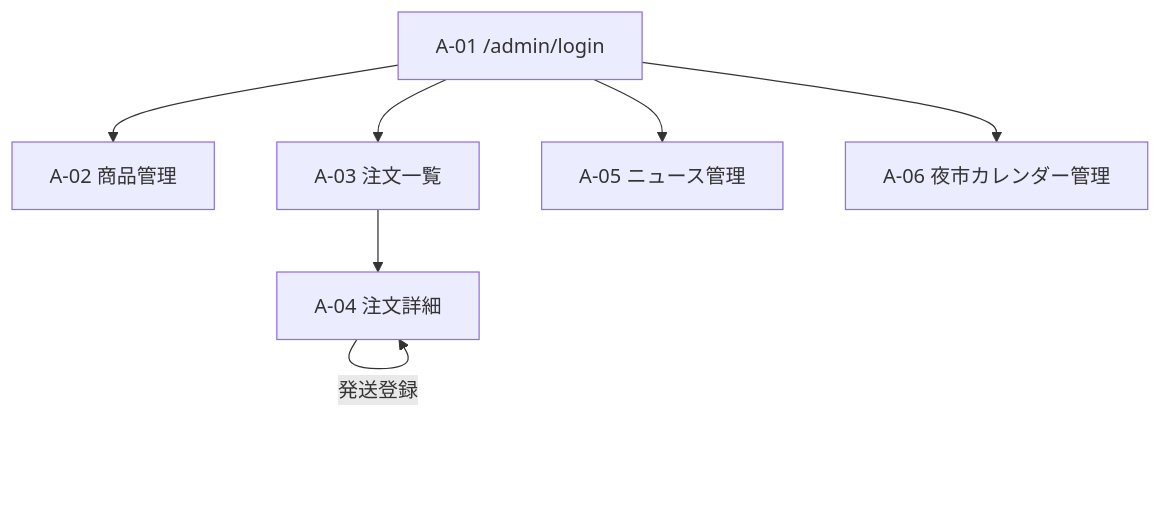
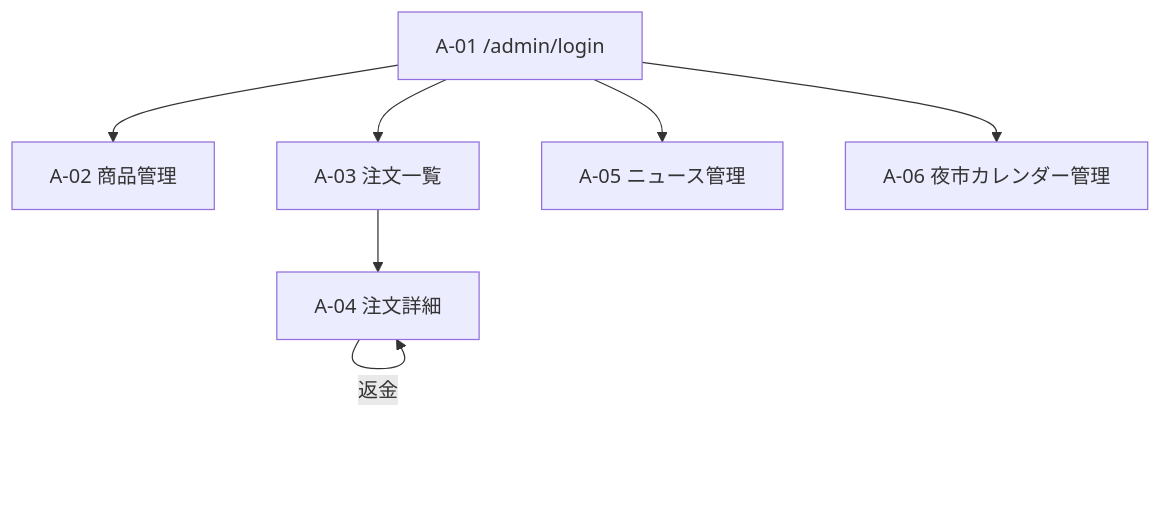
The second of 2 diagrams in docs/SCREEN_DESIGN.md (FuseKota/momo-payment), drawn with Mermaid before and after one commit. The commit also changed other lines of this file and 7 other files, not shown here.

````diff
--- a/docs/SCREEN_DESIGN.md
+++ b/docs/SCREEN_DESIGN.md
@@ -83,10 +75,10 @@
 ```mermaid
 graph TD
     ALogin["A-01 /admin/login"] --> AProducts["A-02 商品管理"]
     ALogin --> AOrders["A-03 注文一覧"]
     AOrders --> AOrderDetail["A-04 注文詳細"]
-    AOrderDetail -->|入金確認| AOrderDetail
     AOrderDetail -->|発送登録| AOrderDetail
+    AOrderDetail -->|返金| AOrderDetail
     ALogin --> ANews["A-05 ニュース管理"]
     ALogin --> ACal["A-06 夜市カレンダー管理"]
 ```
````
